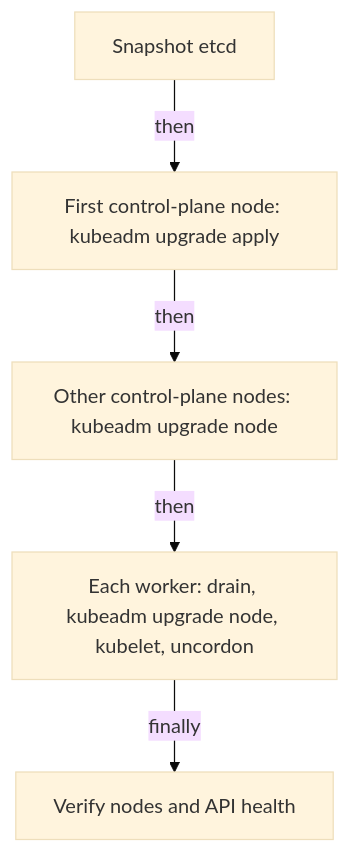
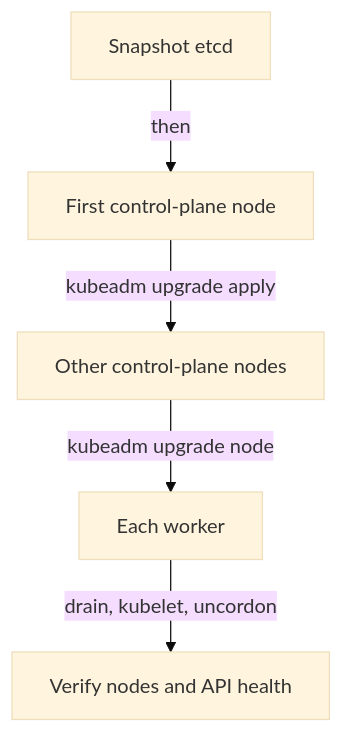
One commit to astrona-io/ATS032 changed the diagram in sections/section-040/module-01/course-03-the-kubeadm-upgrade-sequence.md. Above: the diagram before and after it, drawn with Mermaid (base theme). The commit also changed other lines of this file and 170 other files, not shown here.

````diff
--- a/sections/section-040/module-01/course-03-the-kubeadm-upgrade-sequence.md
+++ b/sections/section-040/module-01/course-03-the-kubeadm-upgrade-sequence.md
@@ -19,7 +19,7 @@
 ```mermaid
 flowchart TB
-    A["Snapshot etcd"] -->|"then"| B["First control-plane node: kubeadm upgrade apply"]
-    B -->|"then"| C["Other control-plane nodes: kubeadm upgrade node"]
-    C -->|"then"| D["Each worker: drain, kubeadm upgrade node, kubelet, uncordon"]
-    D -->|"finally"| E["Verify nodes and API health"]
+    A["Snapshot etcd"] -->|"then"| B["First control-plane node"]
+    B -->|"kubeadm upgrade apply"| C["Other control-plane nodes"]
+    C -->|"kubeadm upgrade node"| D["Each worker"]
+    D -->|"drain, kubelet, uncordon"| E["Verify nodes and API health"]
 ```
````
